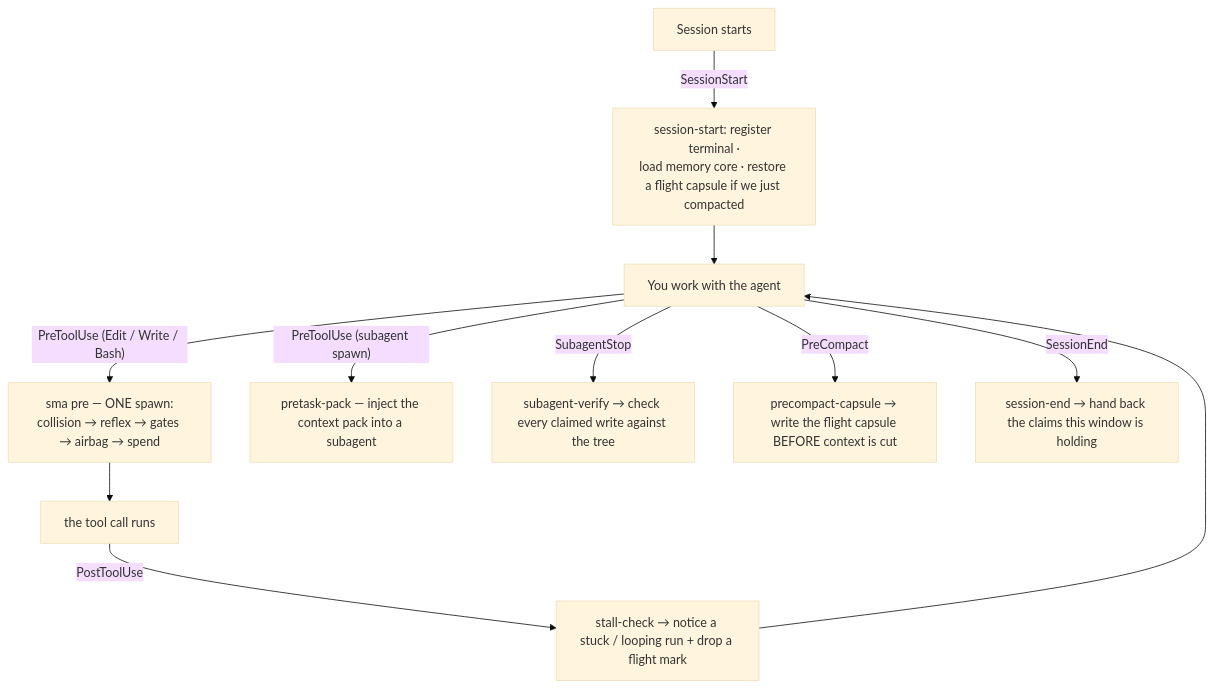
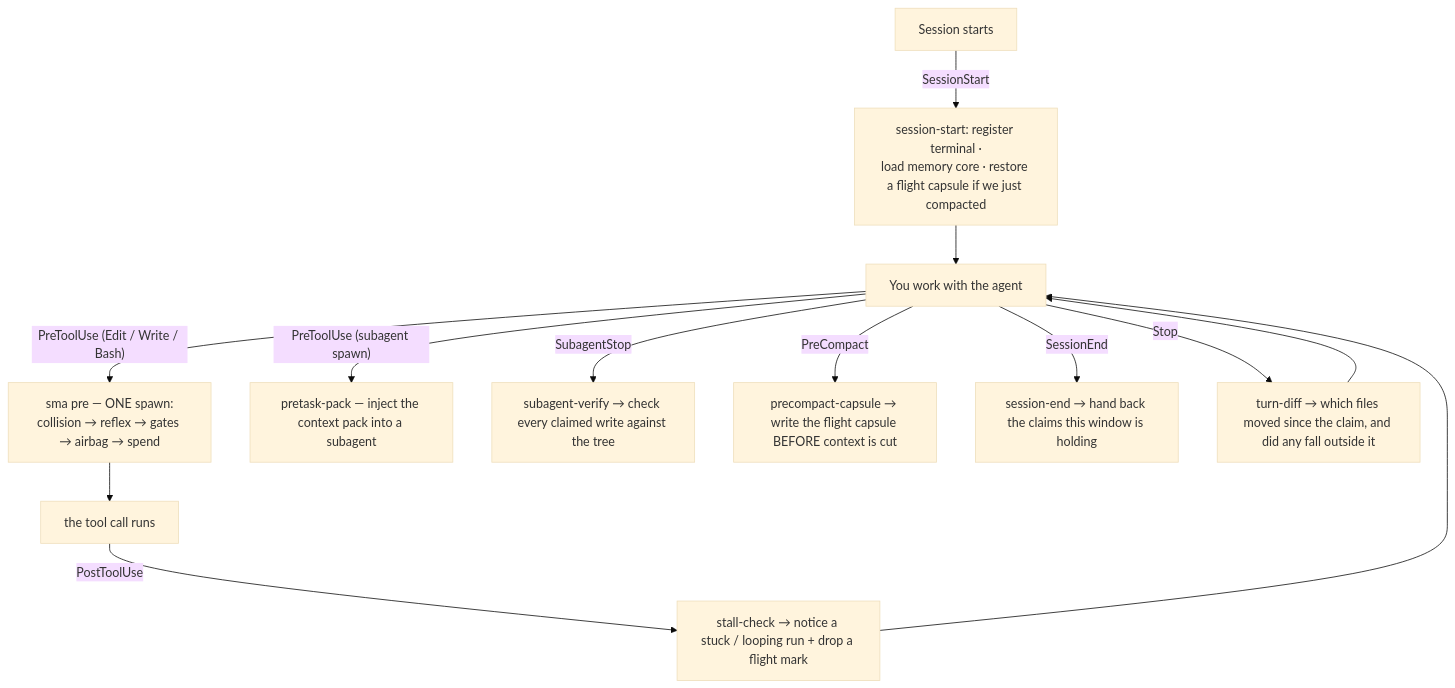
One commit to sma-framework/sma changed the fourth of 24 diagrams in docs/DETAILS.md. Above: the diagram before and after it, drawn with Mermaid (base theme). The commit also changed other lines of this file and 12 other files, not shown here.

First line of the commit message:
feat(hooks): the diff verdict reaches the window at the boundary of every turn

````diff
--- a/docs/DETAILS.md
+++ b/docs/DETAILS.md
@@ -369,13 +369,15 @@
 ```mermaid
 flowchart TD
     S["Session starts"] -->|SessionStart| S1["session-start: register terminal ·<br>load memory core · restore a flight capsule if we just compacted"]
     S1 --> W["You work with the agent"]
     W -->|"PreToolUse (Edit / Write / Bash)"| P1["sma pre — ONE spawn:<br>collision → reflex → gates → airbag → spend"]
     P1 --> ACT["the tool call runs"]
     W -->|"PreToolUse (subagent spawn)"| PT["pretask-pack — inject the context pack into a subagent"]
     ACT -->|PostToolUse| PO["stall-check → notice a stuck / looping run + drop a flight mark"]
     W -->|SubagentStop| SV["subagent-verify → check every claimed write against the tree"]
     W -->|PreCompact| PC["precompact-capsule → write the flight capsule BEFORE context is cut"]
     W -->|SessionEnd| SE["session-end → hand back the claims this window is holding"]
+    W -->|Stop| TD["turn-diff → which files moved since the claim, and did any fall outside it"]
+    TD --> W
     PO --> W
 ```
````
